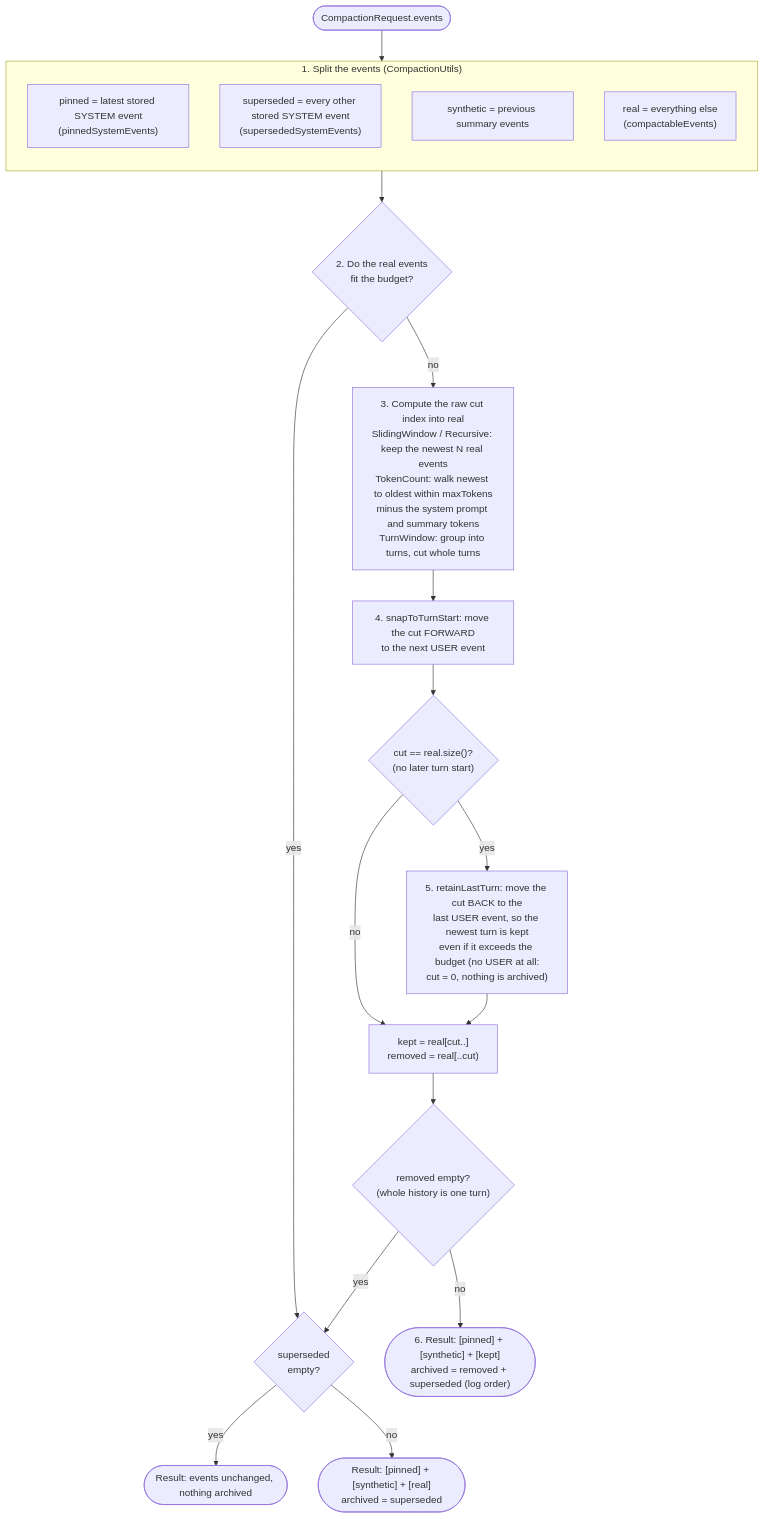
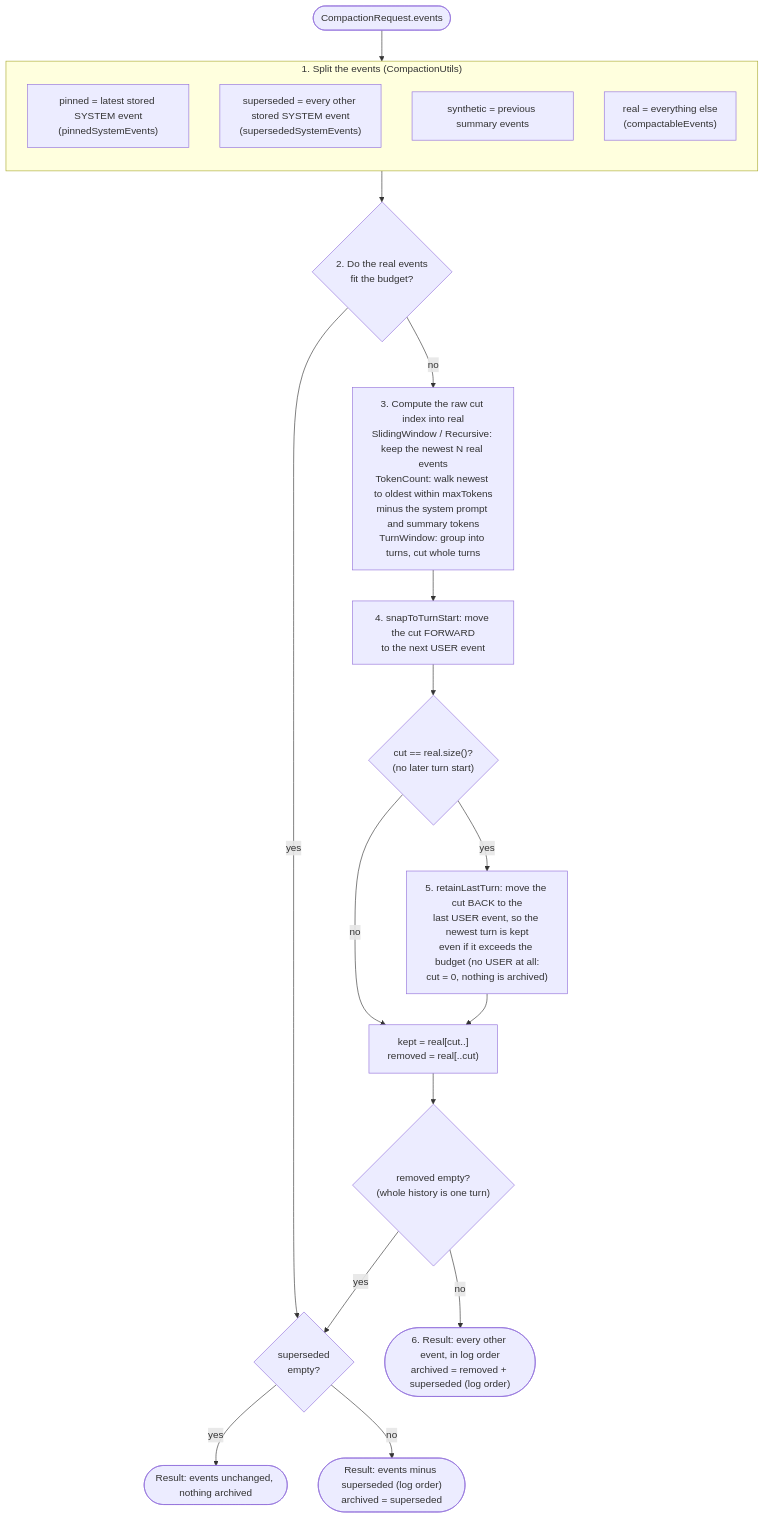
The fifth of 7 diagrams in docs/session-management/compaction-internals.md (andotorg/spring-ai-session), drawn with Mermaid before and after one commit. The commit also changed other lines of this file and 22 other files, not shown here.

First line of the commit message:
Keep the event log order during compaction (#56)

````diff
--- a/docs/session-management/compaction-internals.md
+++ b/docs/session-management/compaction-internals.md
@@ -245,27 +245,27 @@
 ```mermaid
 flowchart TB
     start([CompactionRequest.events]) --> split
 
     subgraph split["1. Split the events (CompactionUtils)"]
         direction TB
         s1["pinned = latest stored SYSTEM event<br/>(pinnedSystemEvents)"]
         s2["superseded = every other stored SYSTEM event<br/>(supersededSystemEvents)"]
         s3["synthetic = previous summary events"]
         s4["real = everything else<br/>(compactableEvents)"]
     end
 
     split --> budget{"2. Do the real events<br/>fit the budget?"}
     budget -- yes --> noop{"superseded<br/>empty?"}
     noop -- yes --> r0([Result: events unchanged, nothing archived])
-    noop -- no --> r1(["Result: [pinned] + [synthetic] + [real]<br/>archived = superseded"])
+    noop -- no --> r1(["Result: events minus superseded (log order)<br/>archived = superseded"])
 
     budget -- no --> raw["3. Compute the raw cut index into real<br/>SlidingWindow / Recursive: keep the newest N real events<br/>TokenCount: walk newest to oldest within maxTokens<br/>minus the system prompt and summary tokens<br/>TurnWindow: group into turns, cut whole turns"]
     raw --> snap["4. snapToTurnStart: move the cut FORWARD<br/>to the next USER event"]
     snap --> end1{"cut == real.size()?<br/>(no later turn start)"}
     end1 -- no --> cut
     end1 -- yes --> retain["5. retainLastTurn: move the cut BACK to the<br/>last USER event, so the newest turn is kept<br/>even if it exceeds the budget (no USER at all:<br/>cut = 0, nothing is archived)"]
     retain --> cut["kept = real[cut..]<br/>removed = real[..cut)"]
     cut --> empty{"removed empty?<br/>(whole history is one turn)"}
     empty -- yes --> noop
-    empty -- no --> r2(["6. Result: [pinned] + [synthetic] + [kept]<br/>archived = removed + superseded (log order)"])
+    empty -- no --> r2(["6. Result: every other event, in log order<br/>archived = removed + superseded (log order)"])
 ```
````
